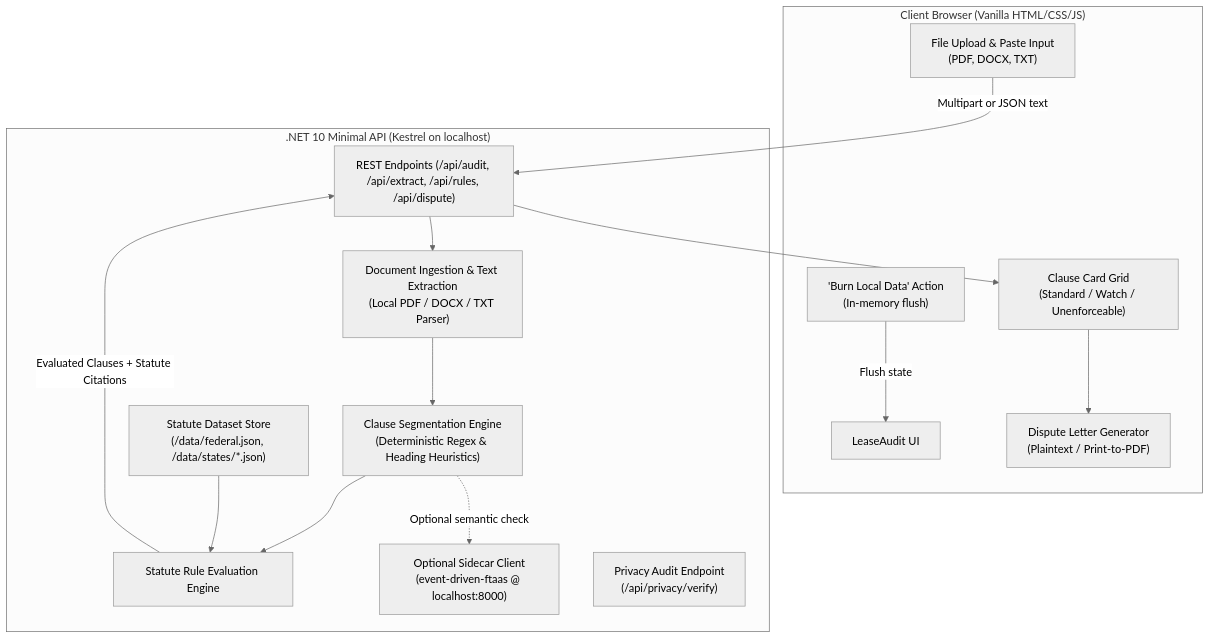
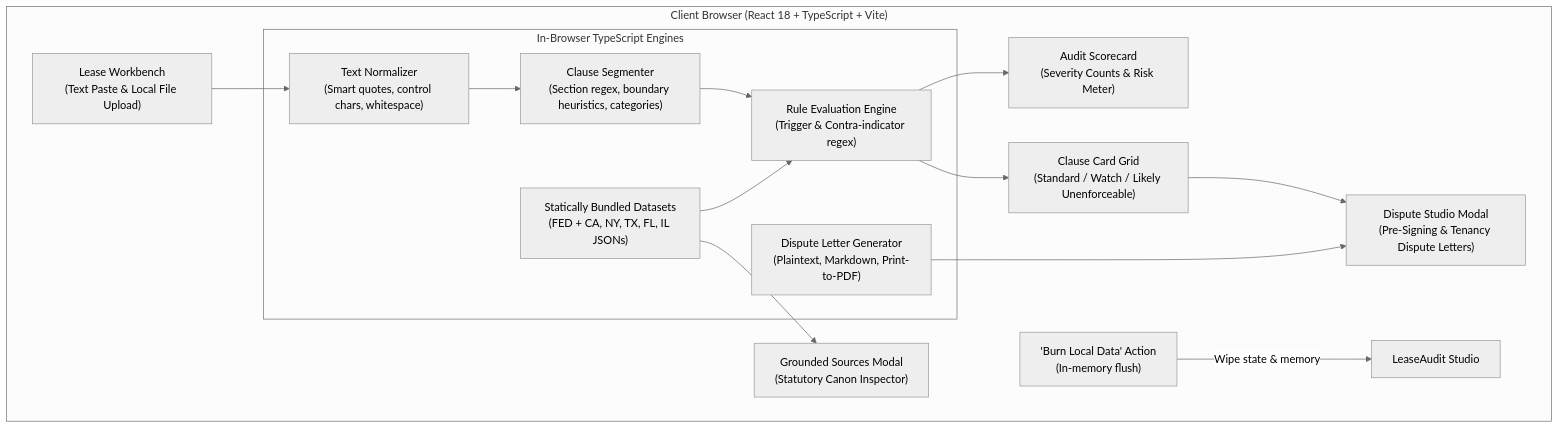
One commit to knowthankyew/lease-audit changed the diagram in ARCHITECTURE.md. Above: the diagram before and after it, drawn with Mermaid (neutral theme). The commit also changed other lines of this file and 37 other files, not shown here.

First line of the commit message:
refactor: remove legacy .NET tree and update start.sh to pure Node/Vite launch

````diff
--- a/ARCHITECTURE.md
+++ b/ARCHITECTURE.md
@@ -18,31 +18,31 @@
 ```mermaid
 flowchart TD
-    subgraph Client ["Client Browser (Vanilla HTML/CSS/JS)"]
-        UI["LeaseAudit UI"]
-        DropZone["File Upload & Paste Input\n(PDF, DOCX, TXT)"]
-        CardGrid["Clause Card Grid\n(Standard / Watch / Unenforceable)"]
-        LetterGen["Dispute Letter Generator\n(Plaintext / Print-to-PDF)"]
+    subgraph Client ["Client Browser (React 18 + TypeScript + Vite)"]
+        UI["LeaseAudit Studio"]
+        Workbench["Lease Workbench\n(Text Paste & Local File Upload)"]
+        Scorecard["Audit Scorecard\n(Severity Counts & Risk Meter)"]
+        CardGrid["Clause Card Grid\n(Standard / Watch / Likely Unenforceable)"]
+        DisputeStudio["Dispute Studio Modal\n(Pre-Signing & Tenancy Dispute Letters)"]
+        SourcesModal["Grounded Sources Modal\n(Statutory Canon Inspector)"]
         BurnAction["'Burn Local Data' Action\n(In-memory flush)"]
+
+        subgraph CoreEngine ["In-Browser TypeScript Engines"]
+            Normalizer["Text Normalizer\n(Smart quotes, control chars, whitespace)"]
+            Segmenter["Clause Segmenter\n(Section regex, boundary heuristics, categories)"]
+            RuleEngine["Rule Evaluation Engine\n(Trigger & Contra-indicator regex)"]
+            DisputeGen["Dispute Letter Generator\n(Plaintext, Markdown, Print-to-PDF)"]
+            DataBundle["Statically Bundled Datasets\n(FED + CA, NY, TX, FL, IL JSONs)"]
+        end
     end
 
-    subgraph Backend [".NET 10 Minimal API (Kestrel on localhost)"]
-        API["REST Endpoints (/api/audit, /api/extract, /api/rules, /api/dispute)"]
-        Extractor["Document Ingestion & Text Extraction\n(Local PDF / DOCX / TXT Parser)"]
-        Segmenter["Clause Segmentation Engine\n(Deterministic Regex & Heading Heuristics)"]
-        Engine["Statute Rule Evaluation Engine"]
-        DatasetStore["Statute Dataset Store\n(/data/federal.json, /data/states/*.json)"]
-        SidecarClient["Optional Sidecar Client\n(event-driven-ftaas @ localhost:8000)"]
-        PrivacyAudit["Privacy Audit Endpoint\n(/api/privacy/verify)"]
-    end
-
-    DropZone -->|Multipart or JSON text| API
-    API --> Extractor
-    Extractor --> Segmenter
-    Segmenter -.->|Optional semantic check| SidecarClient
-    Segmenter --> Engine
-    DatasetStore --> Engine
-    Engine -->|Evaluated Clauses + Statute Citations| API
-    API --> CardGrid
-    CardGrid --> LetterGen
-    BurnAction -->|Flush state| UI
+    Workbench --> Normalizer
+    Normalizer --> Segmenter
+    Segmenter --> RuleEngine
+    DataBundle --> RuleEngine
+    RuleEngine --> Scorecard
+    RuleEngine --> CardGrid
+    CardGrid --> DisputeStudio
+    DisputeGen --> DisputeStudio
+    DataBundle --> SourcesModal
+    BurnAction -->|Wipe state & memory| UI
 ```
````
